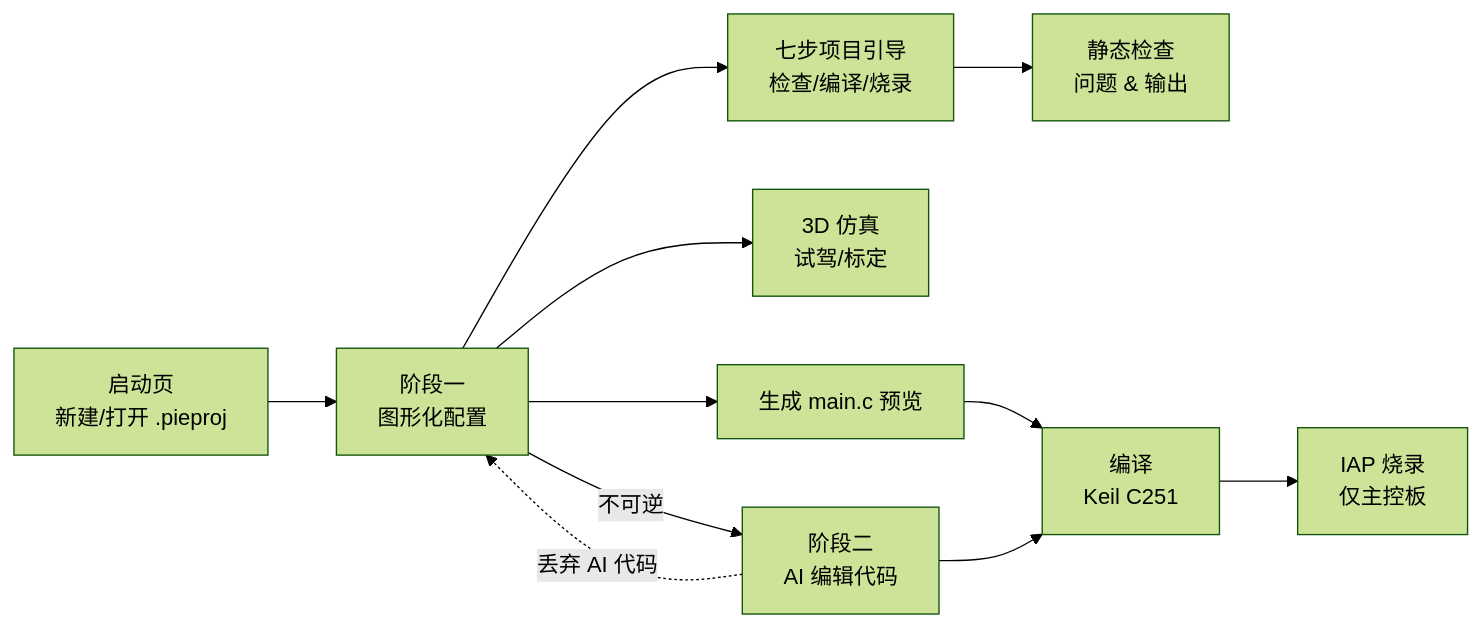
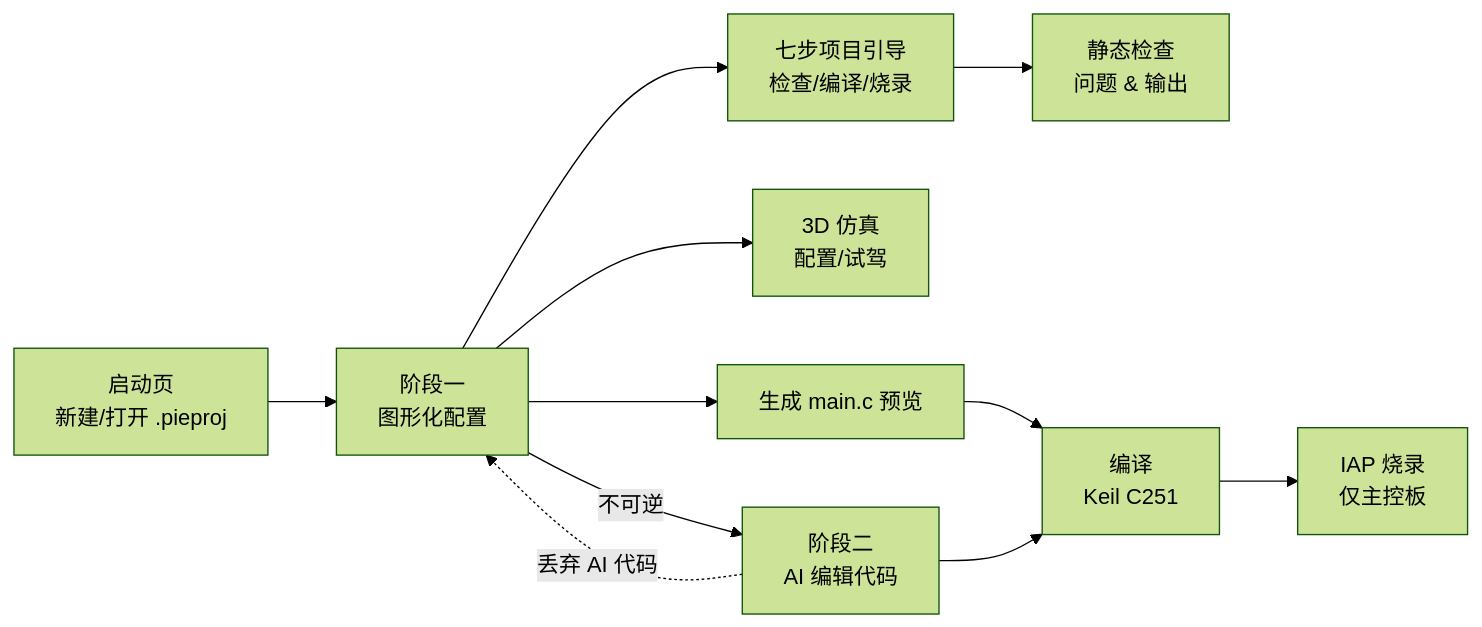
One commit to louqingjie/PIE-Block changed the diagram in README.md. Above: the diagram before and after it, drawn with Mermaid (forest theme). The commit also changed other lines of this file and 8 other files, not shown here.

````diff
--- a/README.md
+++ b/README.md
@@ -13,13 +13,13 @@
 ```mermaid
 flowchart LR
     A[启动页<br/>新建/打开 .pieproj] --> B[阶段一<br/>图形化配置]
     B --> C[七步项目引导<br/>检查/编译/烧录]
     C --> H[静态检查<br/>问题 & 输出]
-    B --> D[3D 仿真<br/>试驾/标定]
+    B --> D[3D 仿真<br/>配置/试驾]
     B --> E[生成 main.c 预览]
     E --> F[编译<br/>Keil C251]
     B -->|不可逆| G[阶段二<br/>AI 编辑代码]
     G --> F
     F --> I[IAP 烧录<br/>仅主控板]
     G -.丢弃 AI 代码.-> B
 ```
````
